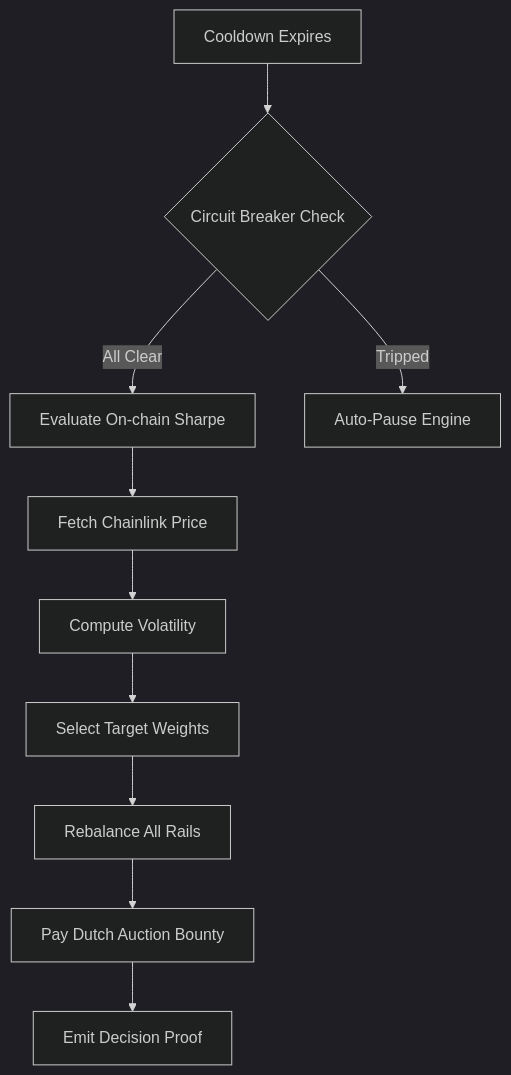
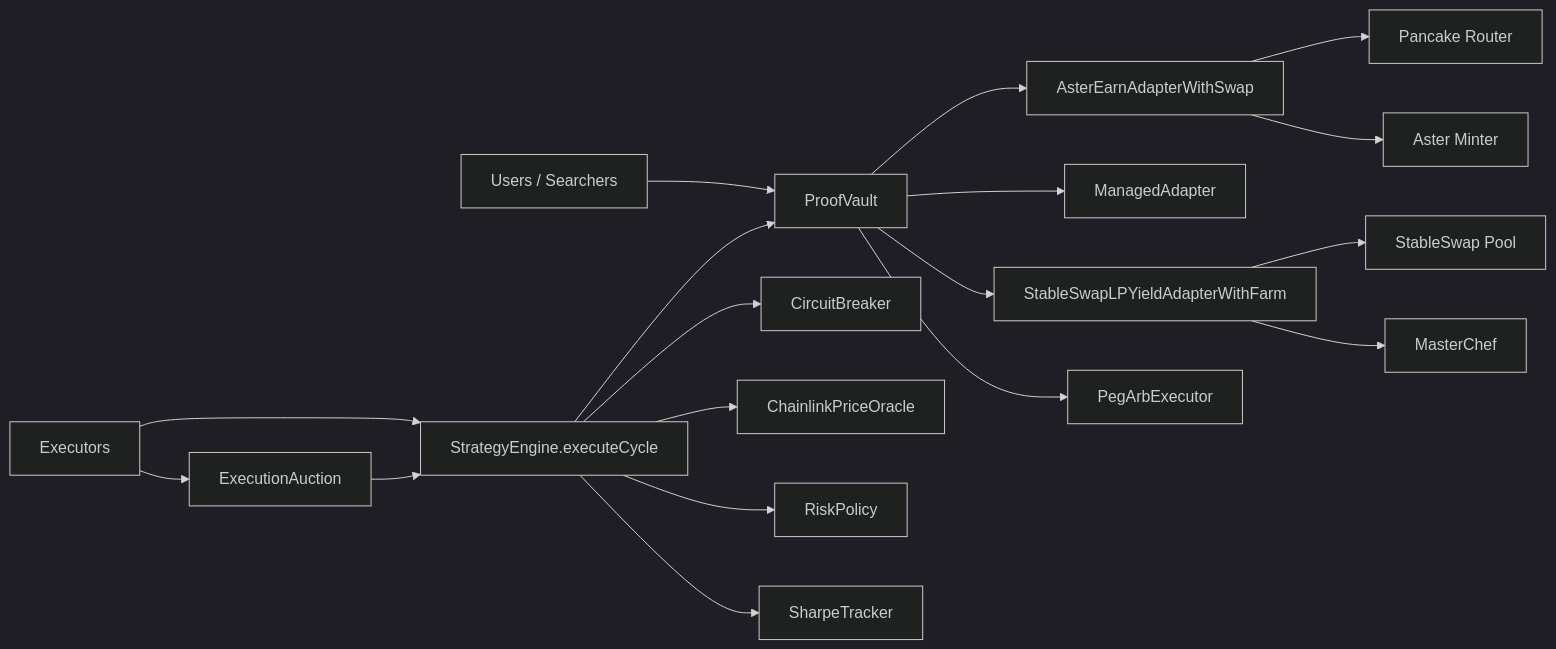
One commit to anhquan075/asterpilot-proofvault changed the first of 2 diagrams in README.md. Above: the diagram before and after it, drawn with Mermaid (dark theme). The commit also changed other lines of this file, not shown here.

Commit message:
feat: update README to reflect current V2 architecture and enhance clarity on system components

````diff
--- a/README.md
+++ b/README.md
@@ -42,12 +45,23 @@
 ```mermaid
-graph TD
-    A[Cooldown Expires] --> B{Circuit Breaker Check}
-    B -- All Clear --> C[Evaluate On-chain Sharpe]
-    B -- Tripped --> Z[Auto-Pause Engine]
-    C --> D[Fetch Chainlink Price]
-    D --> E[Compute Volatility]
-    E --> F[Select Target Weights]
-    F --> G[Rebalance All Rails]
-    G --> H[Pay Dutch Auction Bounty]
-    H --> I[Emit Decision Proof]
+graph LR
+    User[Users / Searchers] --> Vault[ProofVault]
+    Searcher[Executors] --> Engine[StrategyEngine.executeCycle]
+    Searcher --> Auction[ExecutionAuction]
+
+    Auction --> Engine
+    Engine --> Breaker[CircuitBreaker]
+    Engine --> Oracle[ChainlinkPriceOracle]
+    Engine --> Policy[RiskPolicy]
+    Engine --> Sharpe[SharpeTracker]
+    Engine --> Vault
+
+    Vault --> Aster[AsterEarnAdapterWithSwap]
+    Vault --> Secondary[ManagedAdapter]
+    Vault --> LP[StableSwapLPYieldAdapterWithFarm]
+    Vault --> Arb[PegArbExecutor]
+
+    Aster --> Router[Pancake Router]
+    Aster --> Minter[Aster Minter]
+    LP --> Pool[StableSwap Pool]
+    LP --> Chef[MasterChef]
 ```
````
